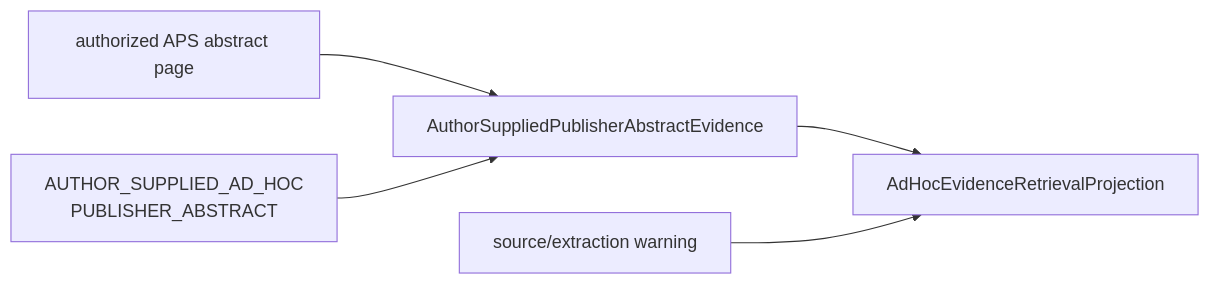
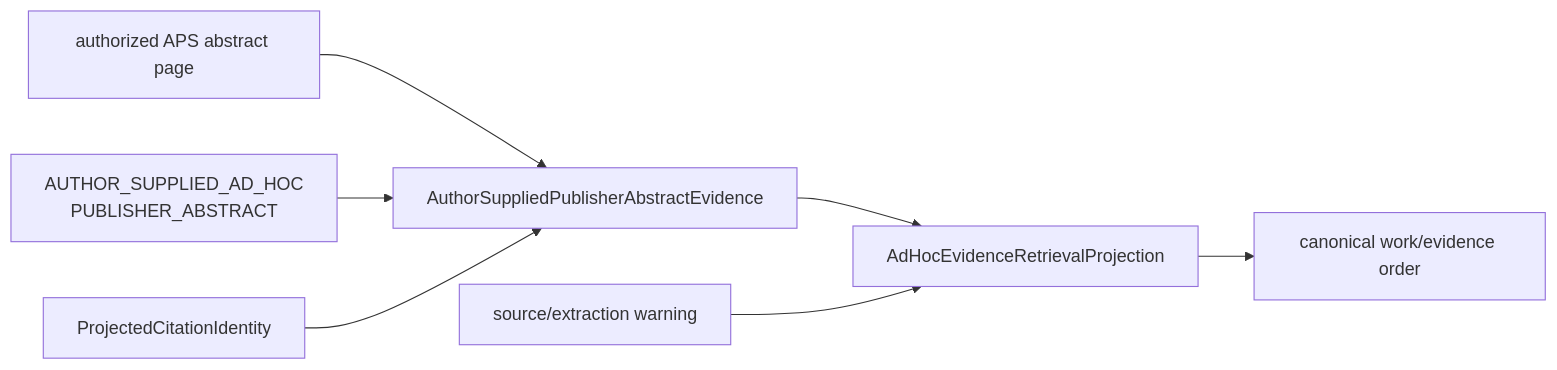
The diagram in docs/architecture/ksdft2effmass/publications/authoring/ad_hoc_evidence/schematic.md (eragasa/ksdft2effmass), drawn with Mermaid before and after one commit. The commit also changed 33 other files, not shown here.

Commit message:
Bind abstract authoring to owner citation lineage

````diff
--- a/docs/architecture/ksdft2effmass/publications/authoring/ad_hoc_evidence/schematic.md
+++ b/docs/architecture/ksdft2effmass/publications/authoring/ad_hoc_evidence/schematic.md
@@ -3,7 +3,9 @@
 ```mermaid
 flowchart LR
     Page["authorized APS abstract page"] --> Evidence["AuthorSuppliedPublisherAbstractEvidence"]
     Evidence --> Projection["AdHocEvidenceRetrievalProjection"]
     Scope["AUTHOR_SUPPLIED_AD_HOC<br/>PUBLISHER_ABSTRACT"] --> Evidence
+    Owner["ProjectedCitationIdentity"] --> Evidence
     Warning["source/extraction warning"] --> Projection
+    Projection --> Order["canonical work/evidence order"]
 ```
````
